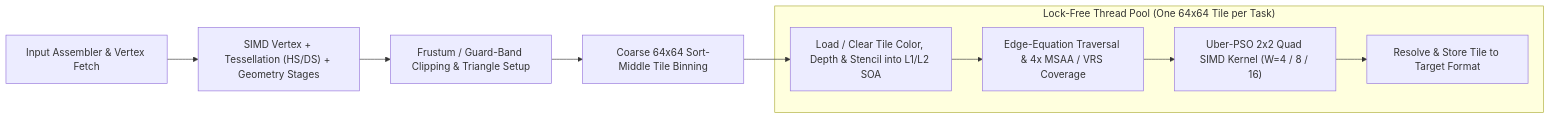
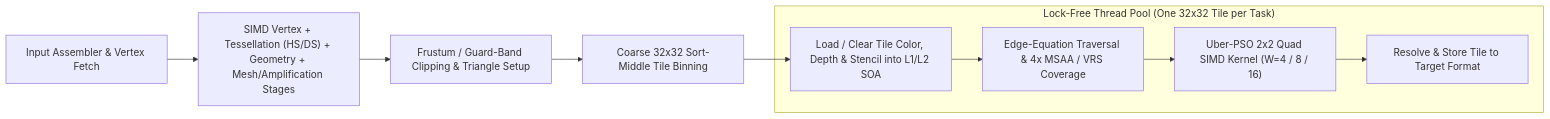
The fifth of 5 diagrams in README.md (farzonl/Nacelle), drawn with Mermaid before and after one commit. The commit also changed other lines of this file, not shown here.

````diff
--- a/README.md
+++ b/README.md
@@ -191,17 +208,17 @@
 ```mermaid
 flowchart LR
     IA["Input Assembler & Vertex Fetch"]
-    Stages["SIMD Vertex + Tessellation (HS/DS) + Geometry Stages"]
+    Stages["SIMD Vertex + Tessellation (HS/DS) + Geometry + Mesh/Amplification Stages"]
     Clip["Frustum / Guard-Band Clipping & Triangle Setup"]
-    Bin["Coarse 64x64 Sort-Middle Tile Binning"]
+    Bin["Coarse 32x32 Sort-Middle Tile Binning"]
 
-    subgraph Workers["Lock-Free Thread Pool (One 64x64 Tile per Task)"]
+    subgraph Workers["Lock-Free Thread Pool (One 32x32 Tile per Task)"]
         LoadSOA["Load / Clear Tile Color, Depth & Stencil into L1/L2 SOA"]
         Rast["Edge-Equation Traversal & 4x MSAA / VRS Coverage"]
         QuadPS["Uber-PSO 2x2 Quad SIMD Kernel (W=4 / 8 / 16)"]
         StoreSOA["Resolve & Store Tile to Target Format"]
         LoadSOA --> Rast --> QuadPS --> StoreSOA
     end
 
     IA --> Stages --> Clip --> Bin --> LoadSOA
 ```
````
